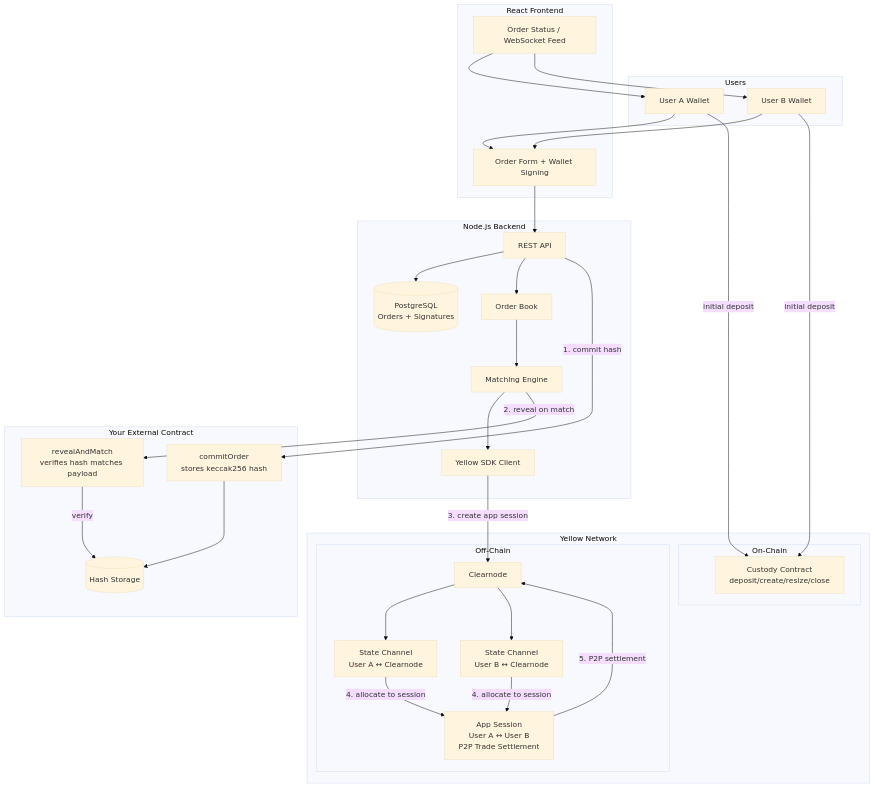
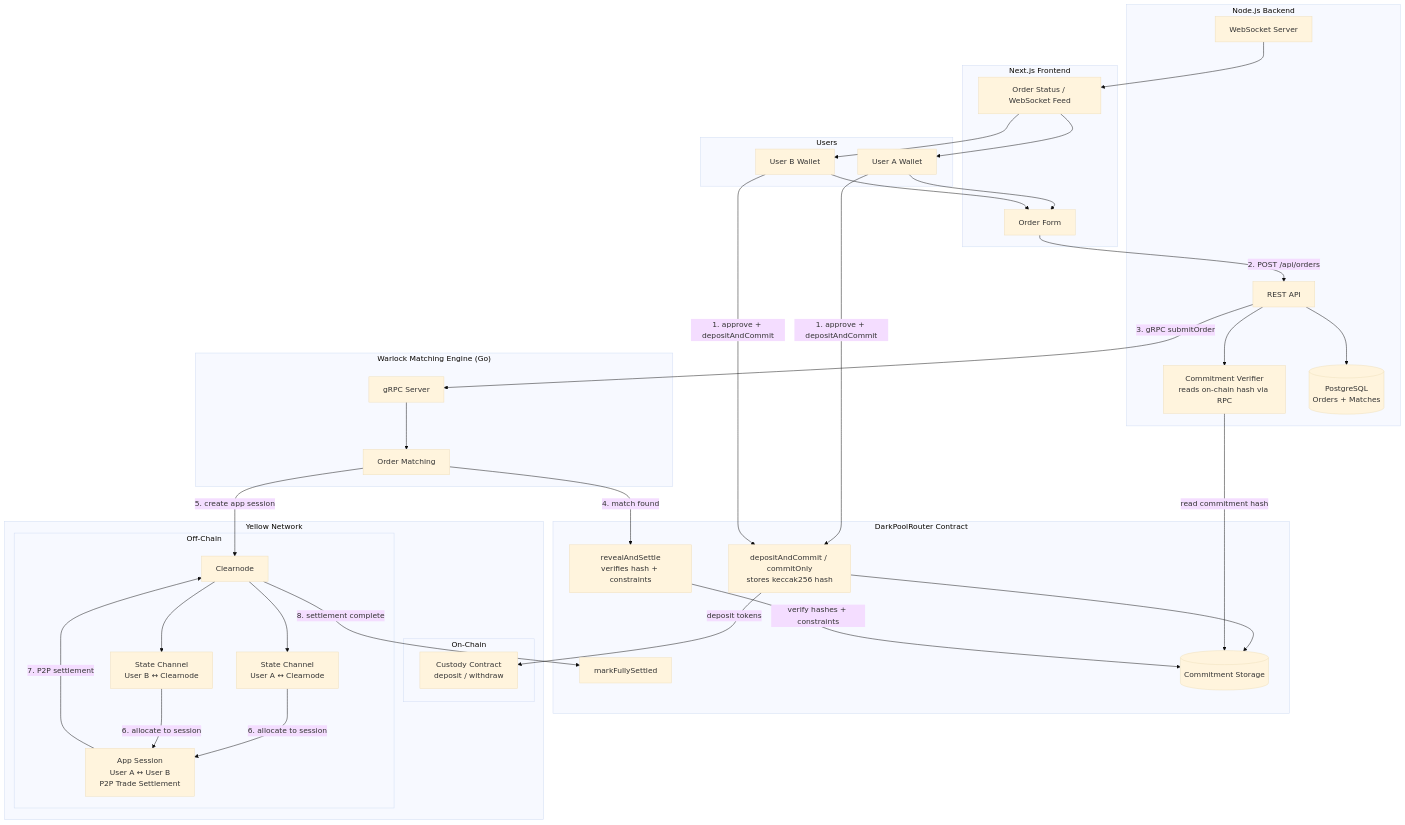
One commit to 0xjackson/Dark-Pool changed the diagram in architecture.mermaid. Above: the diagram before and after it, drawn with Mermaid (base theme). The commit also changed 2 other files, not shown here.

Commit message:
Update docs to reflect EIP-712 removal and current architecture
All documentation now accurately describes the implemented system:
no signatures, on-chain commitment hash verification, and the
actual frontend/backend/contract code that exists.

```diff
--- a/architecture.mermaid
+++ b/architecture.mermaid
@@ -1,62 +1,80 @@
 flowchart TB
     subgraph Users
         UA[User A Wallet]
         UB[User B Wallet]
     end
 
-    subgraph Frontend["React Frontend"]
-        OrderUI[Order Form + Wallet Signing]
+    subgraph Frontend["Next.js Frontend"]
+        OrderUI[Order Form]
         Status[Order Status / WebSocket Feed]
     end
 
     subgraph Backend["Node.js Backend"]
         API[REST API]
-        OrderBook[Order Book]
-        Matcher[Matching Engine]
-        DB[(PostgreSQL<br/>Orders + Signatures)]
-        YellowSDK[Yellow SDK Client]
+        Verifier[Commitment Verifier<br/>reads on-chain hash via RPC]
+        DB[(PostgreSQL<br/>Orders + Matches)]
+        WS[WebSocket Server]
     end
 
-    subgraph YourContract["Your External Contract"]
-        Commit[commitOrder<br/>stores keccak256 hash]
-        Reveal[revealAndMatch<br/>verifies hash matches payload]
-        Hashes[(Hash Storage)]
+    subgraph Warlock["Warlock Matching Engine (Go)"]
+        GRPC[gRPC Server]
+        Matcher[Order Matching]
+    end
+
+    subgraph DarkPoolRouter["DarkPoolRouter Contract"]
+        Commit[depositAndCommit / commitOnly<br/>stores keccak256 hash]
+        Reveal[revealAndSettle<br/>verifies hash + constraints]
+        Settle[markFullySettled]
+        Hashes[(Commitment Storage)]
     end
 
     subgraph Yellow["Yellow Network"]
         subgraph OnChain["On-Chain"]
-            Custody[Custody Contract<br/>deposit/create/resize/close]
+            Custody[Custody Contract<br/>deposit / withdraw]
         end
-        
+
         subgraph OffChain["Off-Chain"]
             Clearnode[Clearnode]
             ChannelA[State Channel<br/>User A ↔ Clearnode]
             ChannelB[State Channel<br/>User B ↔ Clearnode]
             AppSession[App Session<br/>User A ↔ User B<br/>P2P Trade Settlement]
         end
     end
 
-    %% User flows
+    %% User → Frontend
     UA & UB --> OrderUI
-    OrderUI --> API
     Status --> UA & UB
 
-    %% Backend flows
+    %% User → Contract (approve + depositAndCommit)
+    UA -->|1. approve + depositAndCommit| Commit
+    UB -->|1. approve + depositAndCommit| Commit
+    Commit --> Hashes
+    Commit -->|deposit tokens| Custody
+
+    %% Frontend → Backend (submit order details)
+    OrderUI -->|2. POST /api/orders| API
+
+    %% Backend verifies on-chain commitment
+    API --> Verifier
+    Verifier -->|read commitment hash| Hashes
+
+    %% Backend → Warlock (forward verified order)
+    API -->|3. gRPC submitOrder| GRPC
+    GRPC --> Matcher
     API --> DB
-    API --> OrderBook
-    OrderBook --> Matcher
-    Matcher --> YellowSDK
 
-    %% Commit-reveal flows
-    API -->|1. commit hash| Commit
-    Commit --> Hashes
-    Matcher -->|2. reveal on match| Reveal
-    Reveal -->|verify| Hashes
+    %% Match found → settlement
+    Matcher -->|4. match found| Reveal
+    Reveal -->|verify hashes + constraints| Hashes
 
-    %% Yellow flows
-    YellowSDK -->|3. create app session| Clearnode
-    UA -->|initial deposit| Custody
-    UB -->|initial deposit| Custody
+    %% Yellow settlement
+    Matcher -->|5. create app session| Clearnode
     Clearnode --> ChannelA & ChannelB
-    ChannelA & ChannelB -->|4. allocate to session| AppSession
-    AppSession -->|5. P2P settlement| Clearnode
+    ChannelA & ChannelB -->|6. allocate to session| AppSession
+    AppSession -->|7. P2P settlement| Clearnode
+
+    %% Finalize
+    Clearnode -->|8. settlement complete| Settle
+
+    %% WebSocket notifications
+    WS --> Status
```
